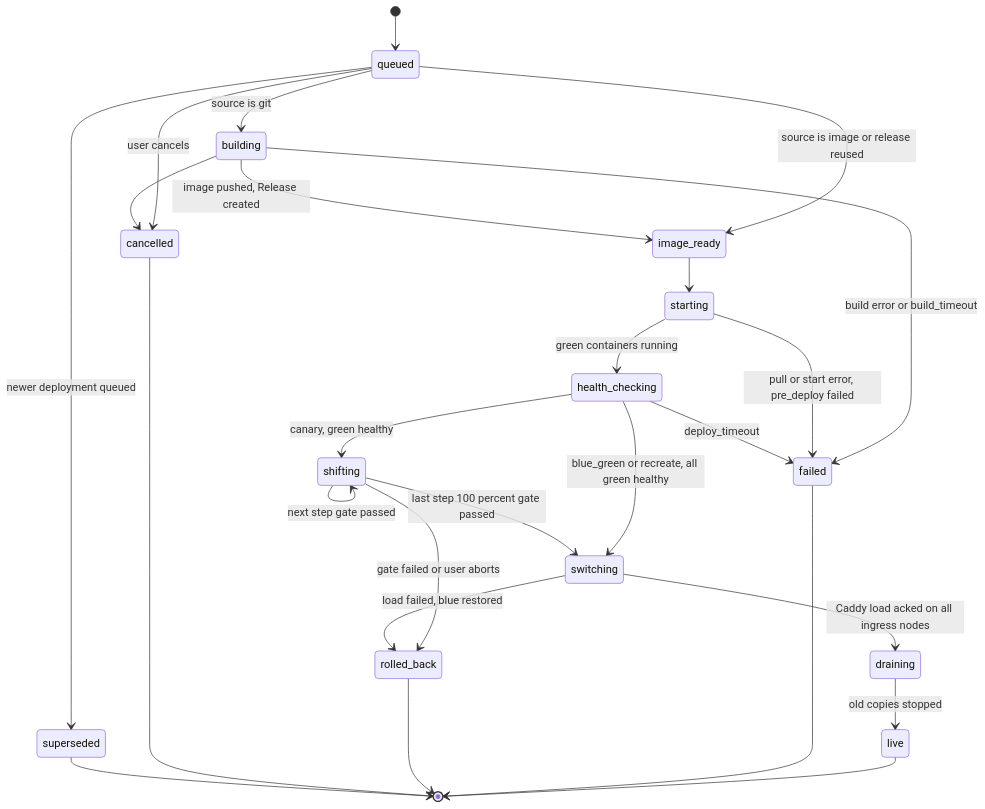
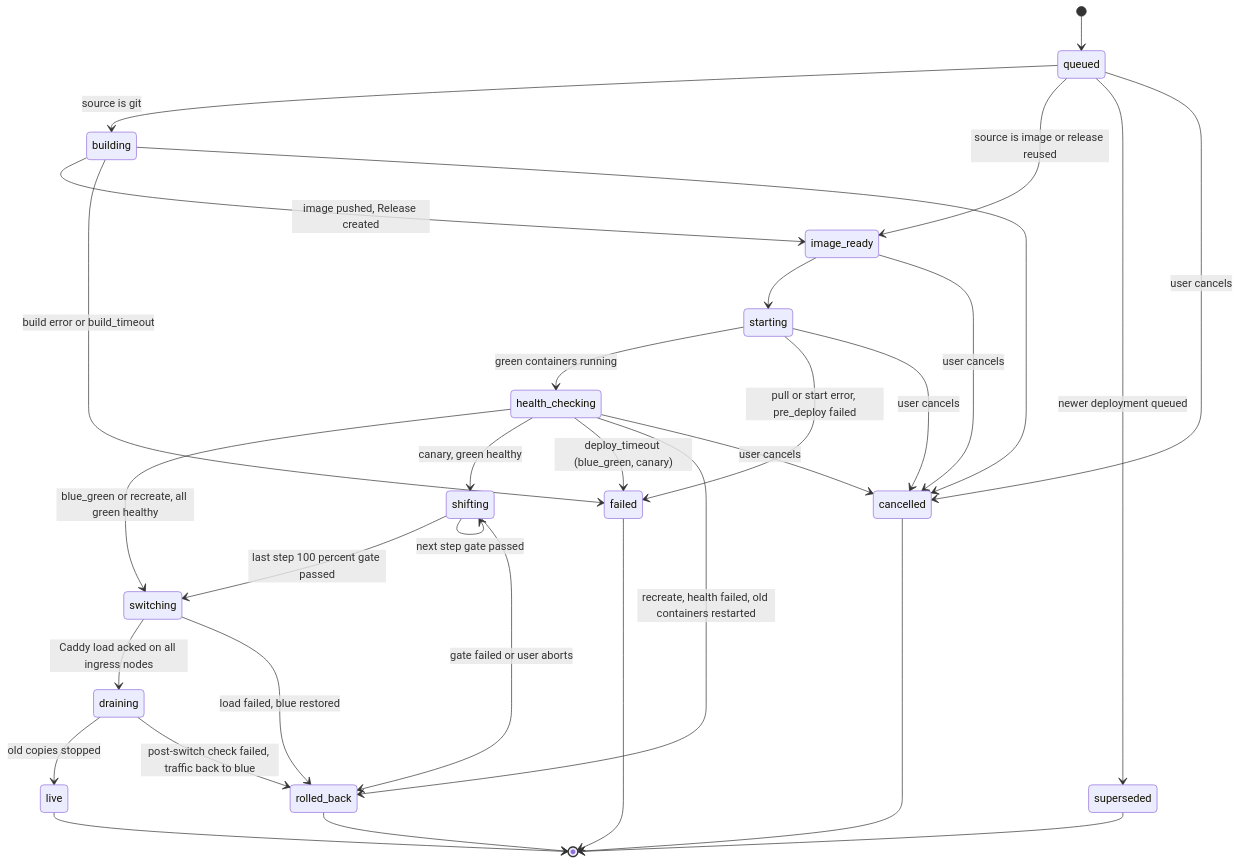
One commit to OlexandrDevelop/polipan changed the diagram in docs/spec/08-deploy-engine.md. Above: the diagram before and after it, drawn with Mermaid. The commit also changed other lines of this file and 4 other files, not shown here.

````diff
--- a/docs/spec/08-deploy-engine.md
+++ b/docs/spec/08-deploy-engine.md
@@ -14,28 +14,33 @@
 ```mermaid
 stateDiagram-v2
   [*] --> queued
   queued --> building: source is git
   queued --> image_ready: source is image or release reused
   queued --> superseded: newer deployment queued
   queued --> cancelled: user cancels
   building --> image_ready: image pushed, Release created
   building --> failed: build error or build_timeout
   building --> cancelled
   image_ready --> starting
+  image_ready --> cancelled: user cancels
   starting --> health_checking: green containers running
   starting --> failed: pull or start error, pre_deploy failed
+  starting --> cancelled: user cancels
   health_checking --> switching: blue_green or recreate, all green healthy
   health_checking --> shifting: canary, green healthy
-  health_checking --> failed: deploy_timeout
+  health_checking --> failed: deploy_timeout (blue_green, canary)
+  health_checking --> rolled_back: recreate, health failed, old containers restarted
+  health_checking --> cancelled: user cancels
   shifting --> shifting: next step gate passed
   shifting --> switching: last step 100 percent gate passed
   shifting --> rolled_back: gate failed or user aborts
   switching --> draining: Caddy load acked on all ingress nodes
   switching --> rolled_back: load failed, blue restored
   draining --> live: old copies stopped
+  draining --> rolled_back: post-switch check failed, traffic back to blue
   live --> [*]
   failed --> [*]
   rolled_back --> [*]
   cancelled --> [*]
   superseded --> [*]
 ```
````
